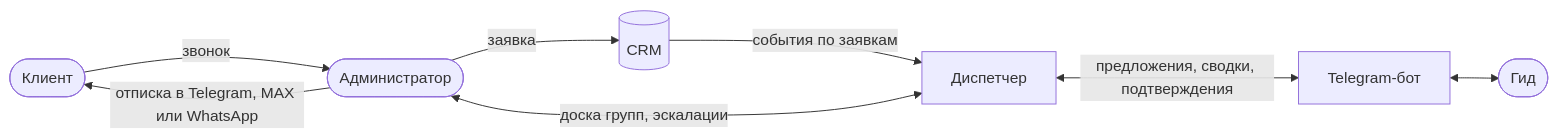
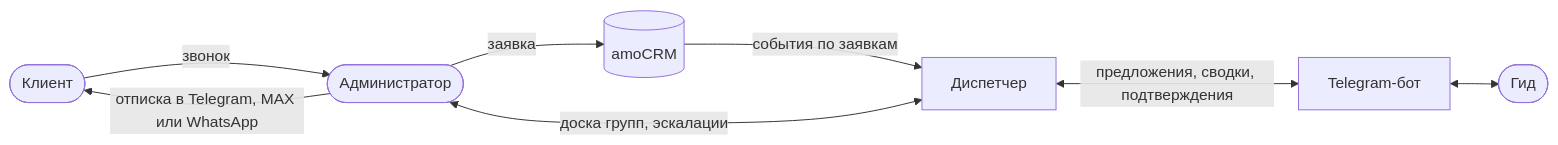
Before and after one commit to KORTEZZ12/excursion-dispatch: the diagram in docs/requirements/vision.md, drawn with Mermaid. The commit also changed other lines of this file and 8 other files, not shown here.

````diff
--- a/docs/requirements/vision.md
+++ b/docs/requirements/vision.md
@@ -13,10 +13,10 @@
 ```mermaid
 flowchart LR
   Client([Клиент]) -->|звонок| Admin([Администратор])
-  Admin -->|заявка| CRM[(CRM)]
+  Admin -->|заявка| CRM[(amoCRM)]
   CRM -->|события по заявкам| D[Диспетчер]
   Admin <-->|доска групп, эскалации| D
   D <-->|предложения, сводки, подтверждения| Bot[Telegram-бот]
   Bot <--> Guide([Гид])
   Admin -->|отписка в Telegram, MAX или WhatsApp| Client
 ```
````
